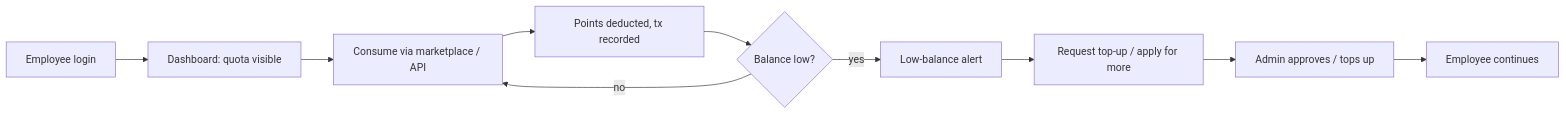
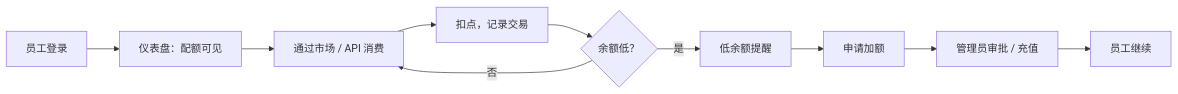
The sixth of 6 diagrams in docs/user-stories.md (argszero/aitokenpool), drawn with Mermaid before and after one commit. The commit also changed other lines of this file, not shown here.

````diff
--- a/docs/user-stories.md
+++ b/docs/user-stories.md
@@ -280,12 +283,12 @@
 ```mermaid
 flowchart LR
-  A[Employee login] --> B[Dashboard: quota visible]
-  B --> C[Consume via marketplace / API]
-  C --> D[Points deducted, tx recorded]
-  D --> E{Balance low?}
-  E -->|no| C
-  E -->|yes| F[Low-balance alert]
-  F --> G[Request top-up / apply for more]
-  G --> H[Admin approves / tops up]
-  H --> I[Employee continues]
+  A[员工登录] --> B[仪表盘：配额可见]
+  B --> C[通过市场 / API 消费]
+  C --> D[扣点，记录交易]
+  D --> E{余额低？}
+  E -->|否| C
+  E -->|是| F[低余额提醒]
+  F --> G[申请加额]
+  G --> H[管理员审批 / 充值]
+  H --> I[员工继续]
 ```
````
